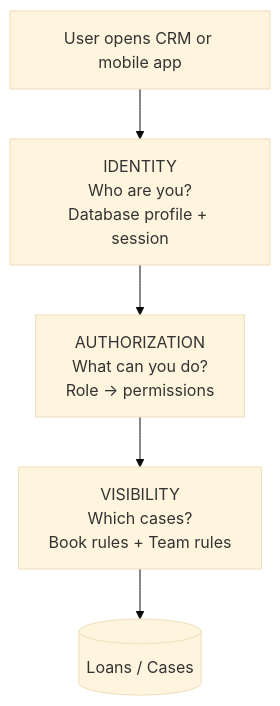
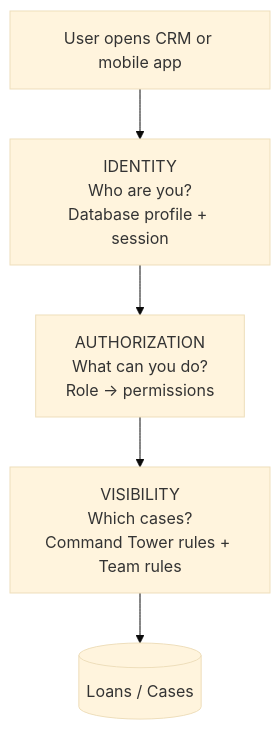
One commit to shubhamgrayopus/collekto-hierarchy-solution changed the first of 14 diagrams in Collekto-AuthZ-Visibility-Impact-Understanding.md. Above: the diagram before and after it, drawn with Mermaid (base theme). The commit also changed other lines of this file and 2 other files, not shown here.

Commit message:
Use Command Tower rules team terminology across the understanding docs.

````diff
--- a/Collekto-AuthZ-Visibility-Impact-Understanding.md
+++ b/Collekto-AuthZ-Visibility-Impact-Understanding.md
@@ -18,9 +18,9 @@
 ```mermaid
 flowchart TB
   U[User opens CRM or mobile app]
   I[IDENTITY<br/>Who are you?<br/>Database profile + session]
   A[AUTHORIZATION<br/>What can you do?<br/>Role → permissions]
-  V[VISIBILITY<br/>Which cases?<br/>Book rules + Team rules]
+  V[VISIBILITY<br/>Which cases?<br/>Command Tower rules + Team rules]
   D[(Loans / Cases)]
   U --> I --> A --> V --> D
 ```
````
